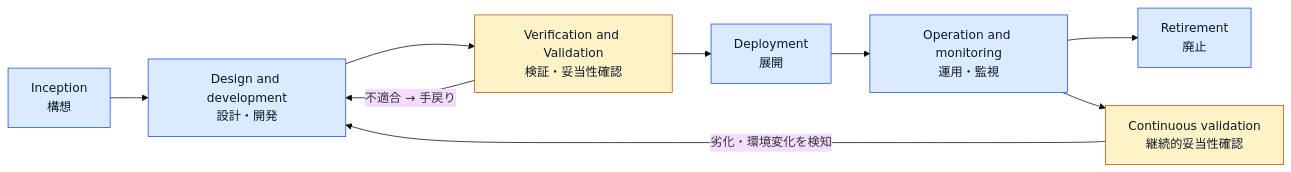
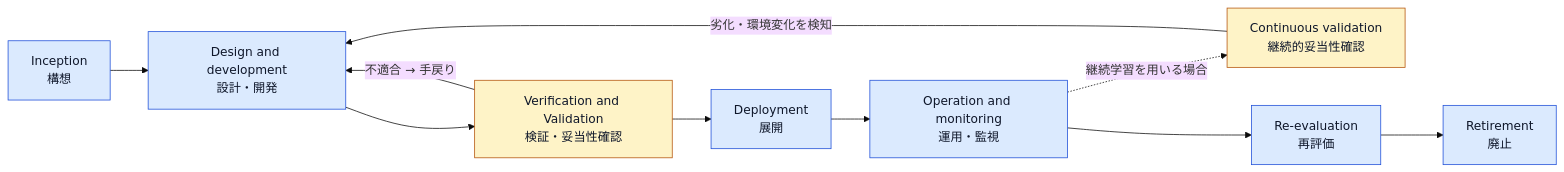
Before and after one commit to myoshi2891/Quality-Assurance-Studies: the fourth of 9 diagrams in Iso-42119-3-guide.md, drawn with Mermaid (base theme). The commit also changed other lines of this file and 1 other file, not shown here.

Commit message:
docs(iso): clarify continuous validation lifecycle and 42119-8 timeline

````diff
--- a/Iso-42119-3-guide.md
+++ b/Iso-42119-3-guide.md
@@ -185,20 +185,21 @@
 ```mermaid
 flowchart LR
     LA["Inception<br/>構想"]
     LB["Design and development<br/>設計・開発"]
     LC["Verification and Validation<br/>検証・妥当性確認"]
     LD["Deployment<br/>展開"]
     LE["Operation and monitoring<br/>運用・監視"]
     LF["Continuous validation<br/>継続的妥当性確認"]
+    LR["Re-evaluation<br/>再評価"]
     LG["Retirement<br/>廃止"]
 
-    LA --> LB --> LC --> LD --> LE --> LG
-    LE --> LF
+    LA --> LB --> LC --> LD --> LE --> LR --> LG
+    LE -.->|"継続学習を用いる場合"| LF
     LF -->|"劣化・環境変化を検知"| LB
     LC -->|"不適合 → 手戻り"| LB
 
     classDef core fill:#fef3c7,stroke:#b45309,color:#0f172a
     classDef other fill:#dbeafe,stroke:#1d4ed8,color:#0f172a
     class LC,LF core
-    class LA,LB,LD,LE,LG other
+    class LA,LB,LD,LE,LR,LG other
 ```
````
